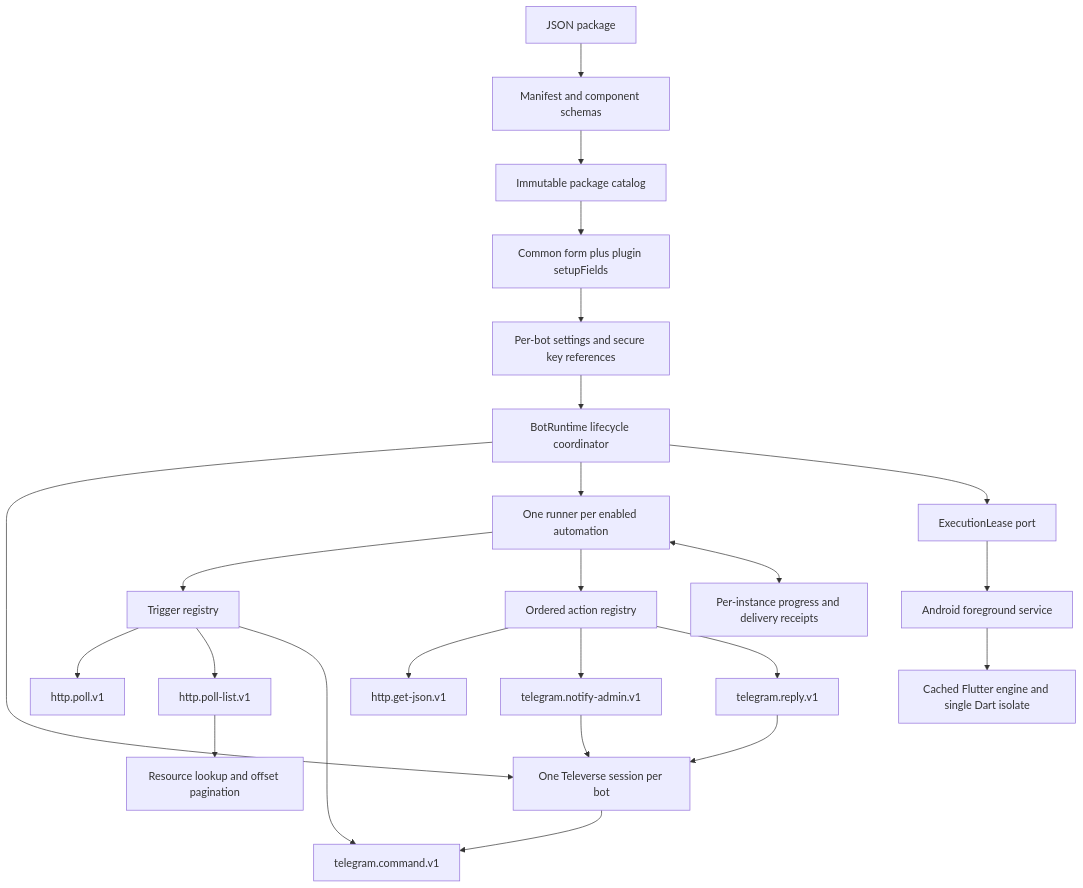
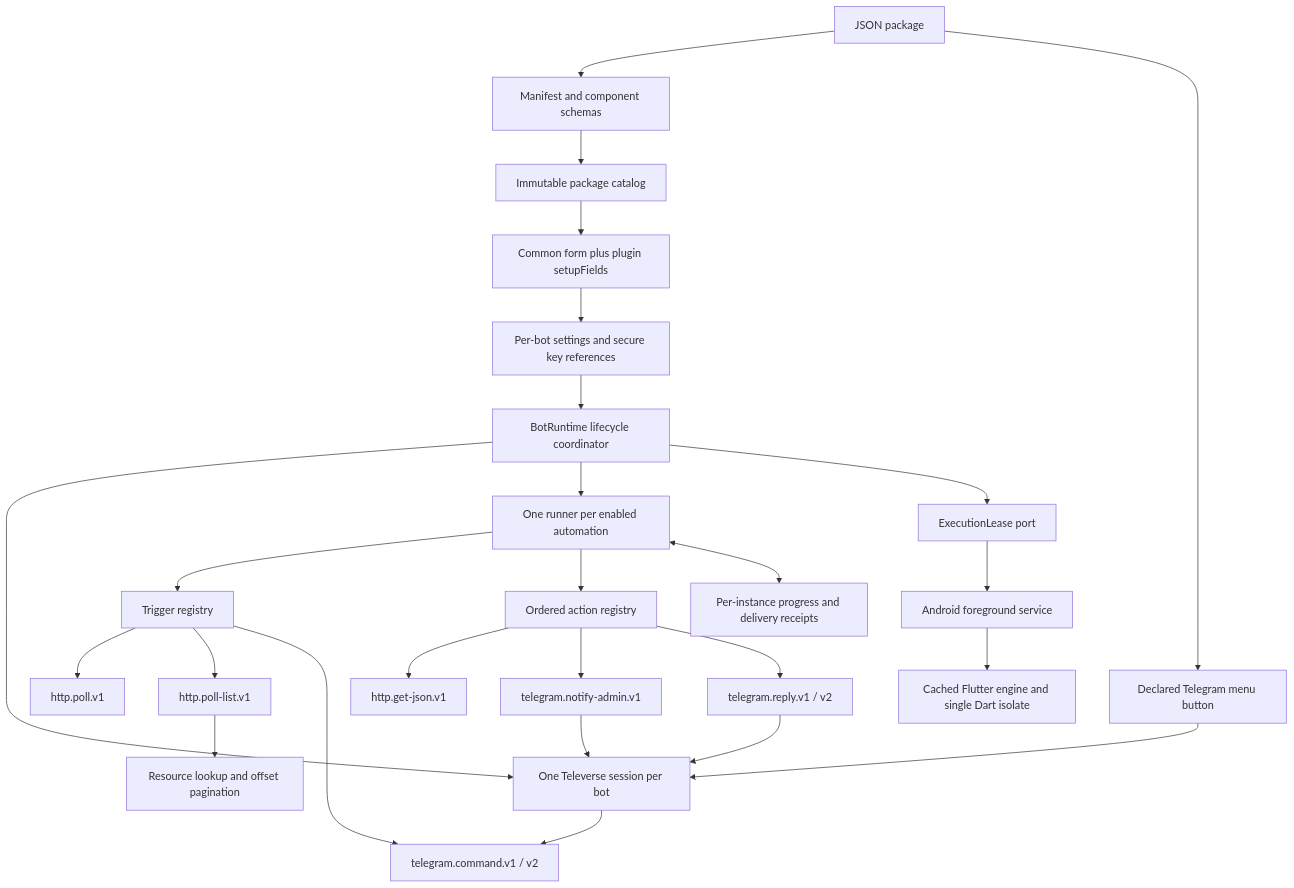
One commit to hayyaun/bottogram changed the diagram in docs/PLUGIN_RUNTIME.md. Above: the diagram before and after it, drawn with Mermaid. The commit also changed other lines of this file and 29 other files, not shown here.

````diff
--- a/docs/PLUGIN_RUNTIME.md
+++ b/docs/PLUGIN_RUNTIME.md
@@ -7,26 +34,28 @@
 ```mermaid
 flowchart TD
   File[JSON package] --> Validator[Manifest and component schemas]
   Validator --> Catalog[Immutable package catalog]
   Catalog --> Form[Common form plus plugin setupFields]
   Form --> Setup[Per-bot settings and secure key references]
   Setup --> Coordinator[BotRuntime lifecycle coordinator]
   Coordinator --> Session[One Televerse session per bot]
   Coordinator --> Runner[One runner per enabled automation]
   Runner --> Trigger[Trigger registry]
   Trigger --> Poll[http.poll.v1]
   Trigger --> List[http.poll-list.v1]
   List --> Lookup[Resource lookup and offset pagination]
-  Trigger --> Command[telegram.command.v1]
+  Trigger --> Command[telegram.command.v1 / v2]
   Session --> Command
   Runner --> Actions[Ordered action registry]
   Actions --> HTTP[http.get-json.v1]
   Actions --> Admin[telegram.notify-admin.v1]
-  Actions --> Reply[telegram.reply.v1]
+  Actions --> Reply[telegram.reply.v1 / v2]
+  File --> Menu[Declared Telegram menu button]
+  Menu --> Session
   Admin --> Session
   Reply --> Session
   Runner <--> Progress[Per-instance progress and delivery receipts]
   Coordinator --> Lease[ExecutionLease port]
   Lease --> Service[Android foreground service]
   Service --> Engine[Cached Flutter engine and single Dart isolate]
 ```
````
